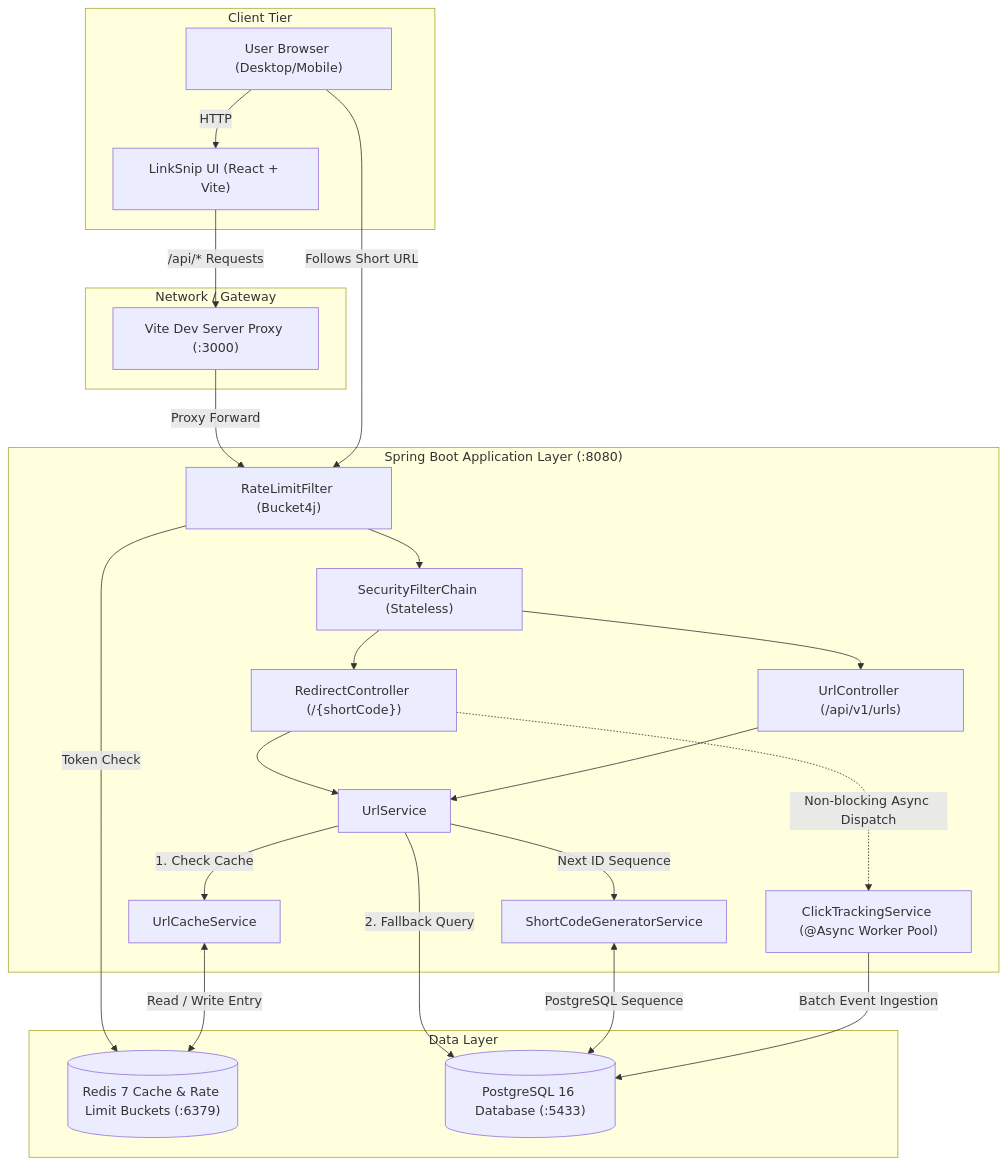
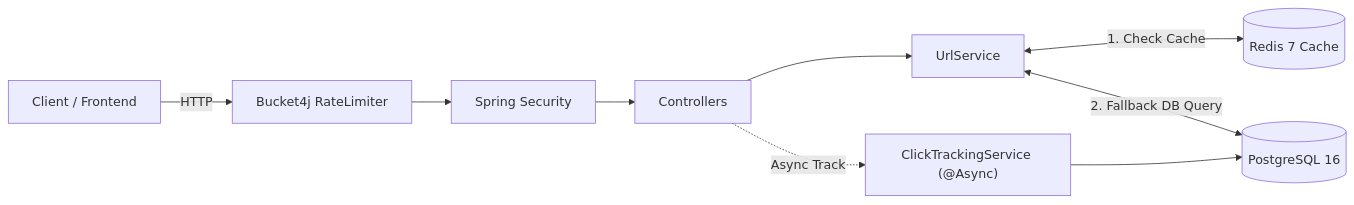
Before and after one commit to adarshagrawal14/LinkSnip: the diagram in url-shortener/README.md, drawn with Mermaid. The commit also changed other lines of this file and 2 other files, not shown here.

Commit message:
docs: finalize production README with live demo and API links

````diff
--- a/url-shortener/README.md
+++ b/url-shortener/README.md
@@ -34,49 +23,11 @@
 ```mermaid
-flowchart TD
-    subgraph Client["Client Tier"]
-        Browser["User Browser (Desktop/Mobile)"]
-        Frontend["LinkSnip UI (React + Vite)"]
-    end
-
-    subgraph ReverseProxy["Network / Gateway"]
-        ViteProxy["Vite Dev Server Proxy (:3000)"]
-    end
-
-    subgraph Backend["Spring Boot Application Layer (:8080)"]
-        RateLimit["RateLimitFilter (Bucket4j)"]
-        Security["SecurityFilterChain (Stateless)"]
-        RedirectCtrl["RedirectController (/{shortCode})"]
-        UrlCtrl["UrlController (/api/v1/urls)"]
-        UrlService["UrlService"]
-        CacheService["UrlCacheService"]
-        ShortCodeService["ShortCodeGeneratorService"]
-        AsyncAnalytics["ClickTrackingService (@Async Worker Pool)"]
-    end
-
-    subgraph Datastores["Data Layer"]
-        Redis[("Redis 7 Cache & Rate Limit Buckets (:6379)")]
-        Postgres[("PostgreSQL 16 Database (:5433)")]
-    end
-
-    Browser -->|HTTP| Frontend
-    Frontend -->|/api/* Requests| ViteProxy
-    ViteProxy -->|Proxy Forward| RateLimit
-    Browser -->|Follows Short URL| RateLimit
-
-    RateLimit -->|Token Check| Redis
-    RateLimit --> Security
-    Security --> RedirectCtrl
-    Security --> UrlCtrl
-
-    RedirectCtrl --> UrlService
-    UrlCtrl --> UrlService
-
-    UrlService -->|1. Check Cache| CacheService
-    CacheService <-->|Read / Write Entry| Redis
-    UrlService -->|2. Fallback Query| Postgres
-    UrlService -->|Next ID Sequence| ShortCodeService
-    ShortCodeService <-->|PostgreSQL Sequence| Postgres
-
-    RedirectCtrl -.->|Non-blocking Async Dispatch| AsyncAnalytics
-    AsyncAnalytics -->|Batch Event Ingestion| Postgres
+flowchart LR
+    Client["Client / Frontend"] -->|HTTP| RateLimit["Bucket4j RateLimiter"]
+    RateLimit --> Security["Spring Security"]
+    Security --> Controller["Controllers"]
+    Controller --> Service["UrlService"]
+    Service <-->|1. Check Cache| Redis[("Redis 7 Cache")]
+    Service <-->|2. Fallback DB Query| Postgres[("PostgreSQL 16")]
+    Controller -.->|Async Track| Worker["ClickTrackingService (@Async)"]
+    Worker --> Postgres
 ```
````
